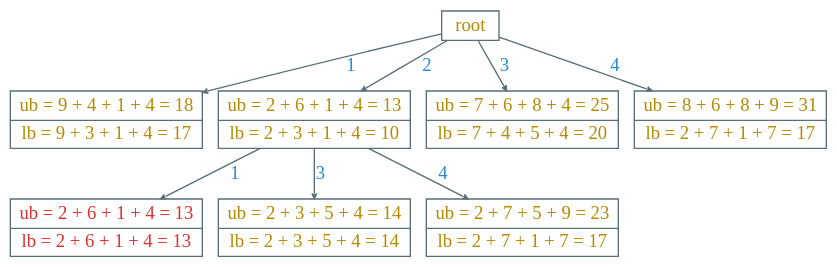
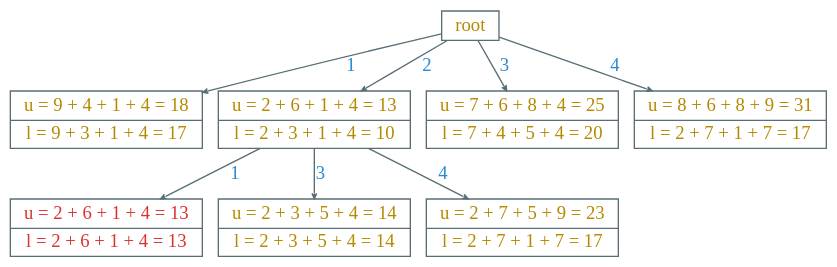
Before and after one commit to Avanti1980/course-alg: the diagram in dot/job-distribution.dot, drawn with Graphviz. The commit also changed 5 other files, not shown here.

```diff
--- a/dot/job-distribution.dot
+++ b/dot/job-distribution.dot
@@ -1,34 +1,34 @@
 digraph g {
     bgcolor=transparent
     rankdir=TB
     graph [nodesep=0.16,  ranksep=0.3]
     node [shape=record,  color="#586e75",  fixedsize=true,  width=0.6,  height=0.3,  fontcolor="#b58900",  fontsize=14,  fontname="LXGWWenKai"]
     edge [arrowhead=vee,  color="#586e75",  fontcolor="#268bd2",  fontsize=14,  fontname="LXGWWenKai",  arrowsize=0.4]
 
     root
 
     node [width=2, height=0.6]
 
-    n1 [label="{ub = 9 + 4 + 1 + 4 = 18|lb = 9 + 3 + 1 + 4 = 17}"]
-    n2 [label="{ub = 2 + 6 + 1 + 4 = 13|lb = 2 + 3 + 1 + 4 = 10}"]
-    n3 [label="{ub = 7 + 6 + 8 + 4 = 25|lb = 7 + 4 + 5 + 4 = 20}"]
-    n4 [label="{ub = 8 + 6 + 8 + 9 = 31|lb = 2 + 7 + 1 + 7 = 17}"]
+    n1 [label="{u = 9 + 4 + 1 + 4 = 18|l = 9 + 3 + 1 + 4 = 17}"]
+    n2 [label="{u = 2 + 6 + 1 + 4 = 13|l = 2 + 3 + 1 + 4 = 10}"]
+    n3 [label="{u = 7 + 6 + 8 + 4 = 25|l = 7 + 4 + 5 + 4 = 20}"]
+    n4 [label="{u = 8 + 6 + 8 + 9 = 31|l = 2 + 7 + 1 + 7 = 17}"]
 
     root -> n1 [label=1]
     root -> n2 [label=2]
     root -> n3 [label=3]
     root -> n4 [label=4]
 
     node [fontcolor="#dc322f"]
 
-    n5 [label="{ub = 2 + 6 + 1 + 4 = 13|lb = 2 + 6 + 1 + 4 = 13}"]
+    n5 [label="{u = 2 + 6 + 1 + 4 = 13|l = 2 + 6 + 1 + 4 = 13}"]
 
     node [fontcolor="#b58900"]
 
-    n6 [label="{ub = 2 + 3 + 5 + 4 = 14|lb = 2 + 3 + 5 + 4 = 14}"]
-    n7 [label="{ub = 2 + 7 + 5 + 9 = 23|lb = 2 + 7 + 1 + 7 = 17}"]
+    n6 [label="{u = 2 + 3 + 5 + 4 = 14|l = 2 + 3 + 5 + 4 = 14}"]
+    n7 [label="{u = 2 + 7 + 5 + 9 = 23|l = 2 + 7 + 1 + 7 = 17}"]
 
     n2 -> n5 [label=1]
     n2 -> n6 [label=3]
     n2 -> n7 [label=4]
 }
```
